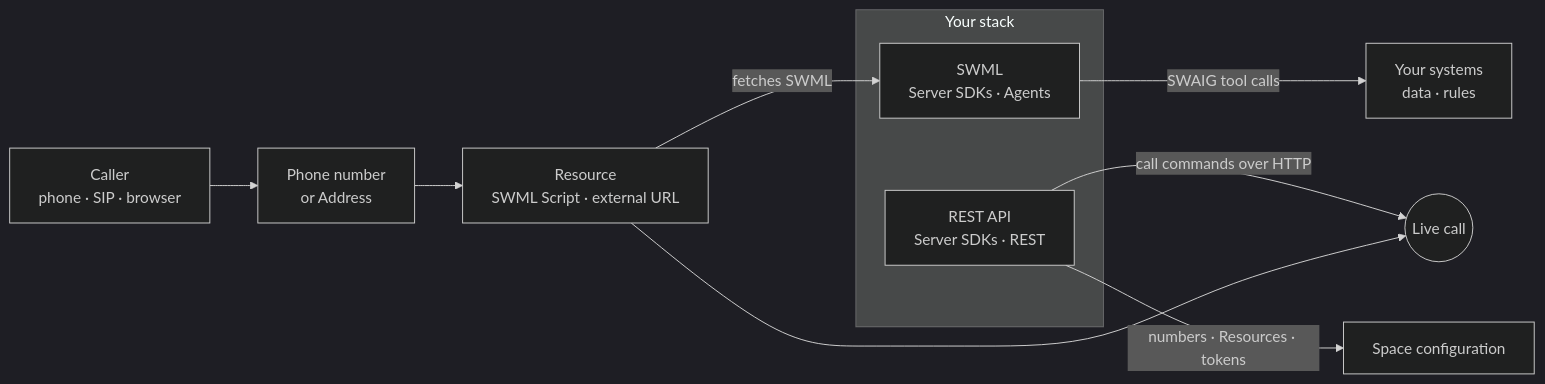
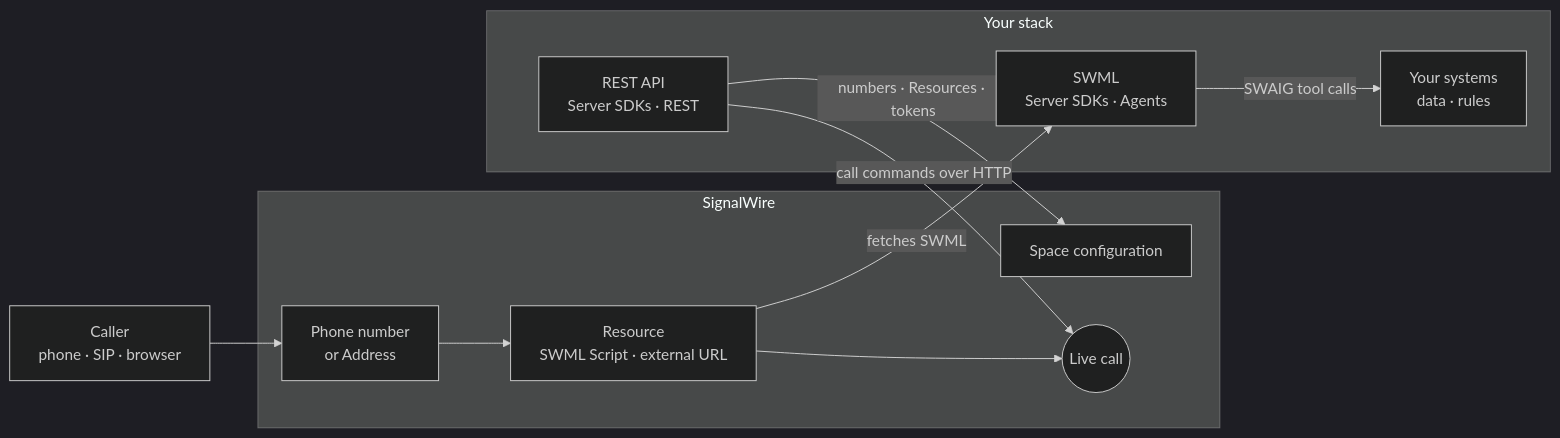
Before and after one commit to signalwire/docs: the diagram in fern/products/platform/pages/platform/call-fabric/pick-a-product.mdx, drawn with Mermaid (dark theme). The commit also changed other lines of this file, not shown here.

````diff
--- a/fern/products/platform/pages/platform/call-fabric/pick-a-product.mdx
+++ b/fern/products/platform/pages/platform/call-fabric/pick-a-product.mdx
@@ -78,14 +75,22 @@
 ```mermaid
 flowchart LR
-    Caller["Caller<br/>phone · SIP · browser"] --> Address["Phone number<br/>or Address"]
-    Address --> Resource["Resource<br/>SWML Script · external URL"]
+    Caller["Caller<br/>phone · SIP · browser"]
+    subgraph SignalWire["SignalWire"]
+        Address["Phone number<br/>or Address"]
+        Resource["Resource<br/>SWML Script · external URL"]
+        Call(("Live call"))
+        Platform["Space configuration"]
+    end
     subgraph Stack["Your stack"]
+        Systems["Your systems<br/>data · rules"]
         Agent["SWML<br/>Server SDKs · Agents"]
         Backend["REST API<br/>Server SDKs · REST"]
     end
+    Caller --> Address
+    Address --> Resource
+    Resource --> Call
     Resource -- "fetches SWML" --> Agent
-    Agent -- "SWAIG tool calls" --> Systems["Your systems<br/>data · rules"]
-    Backend -- "call commands over HTTP" --> Call(("Live call"))
-    Resource --> Call
-    Backend -- "numbers · Resources · tokens" --> Platform["Space configuration"]
+    Agent -- "SWAIG tool calls" --> Systems
+    Backend -- "call commands over HTTP" --> Call
+    Backend -- "numbers · Resources · tokens" --> Platform
 ```
````
